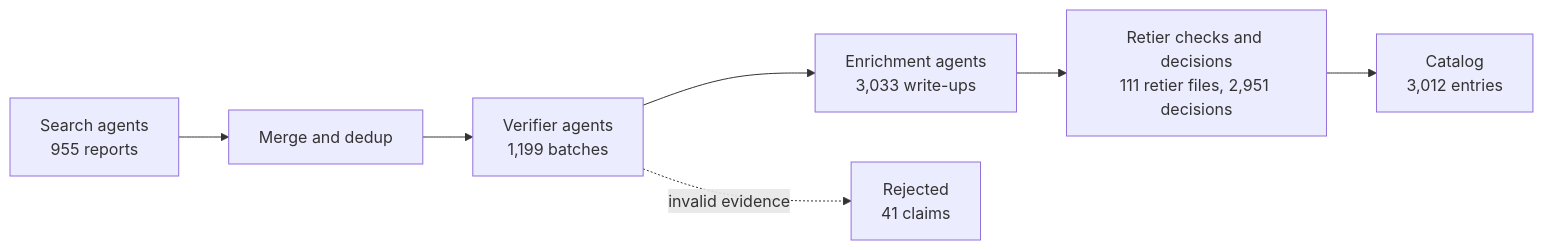
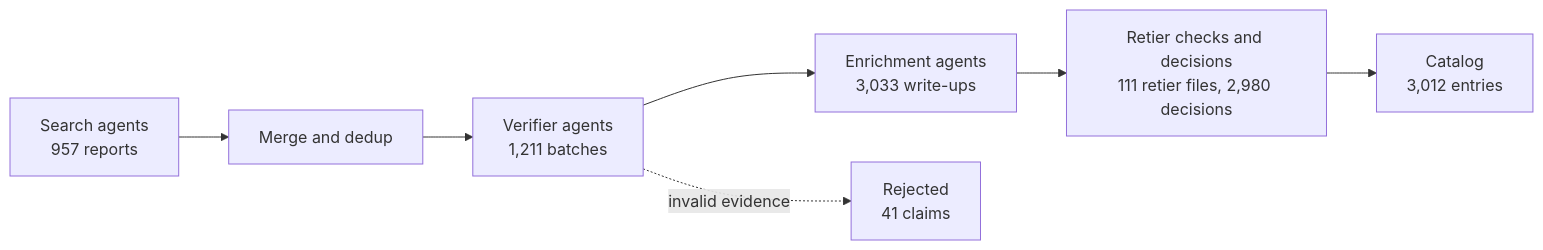
The diagram in README.md (harrisjib216/fastplusplus), drawn with Mermaid before and after one commit. The commit also changed 23 other files, not shown here.

````diff
--- a/README.md
+++ b/README.md
@@ -116,9 +116,9 @@
 ```mermaid
 flowchart LR
-  S["Search agents<br/>955 reports"] --> M["Merge and dedup"]
-  M --> V["Verifier agents<br/>1,199 batches"]
+  S["Search agents<br/>957 reports"] --> M["Merge and dedup"]
+  M --> V["Verifier agents<br/>1,211 batches"]
   V --> E["Enrichment agents<br/>3,033 write-ups"]
-  E --> R["Retier checks and decisions<br/>111 retier files, 2,951 decisions"]
+  E --> R["Retier checks and decisions<br/>111 retier files, 2,980 decisions"]
   R --> C["Catalog<br/>3,012 entries"]
   V -. invalid evidence .-> X["Rejected<br/>41 claims"]
 ```
````
